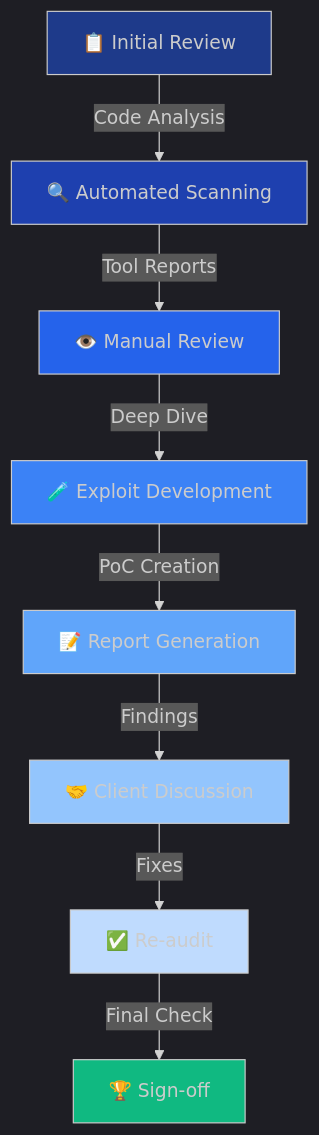
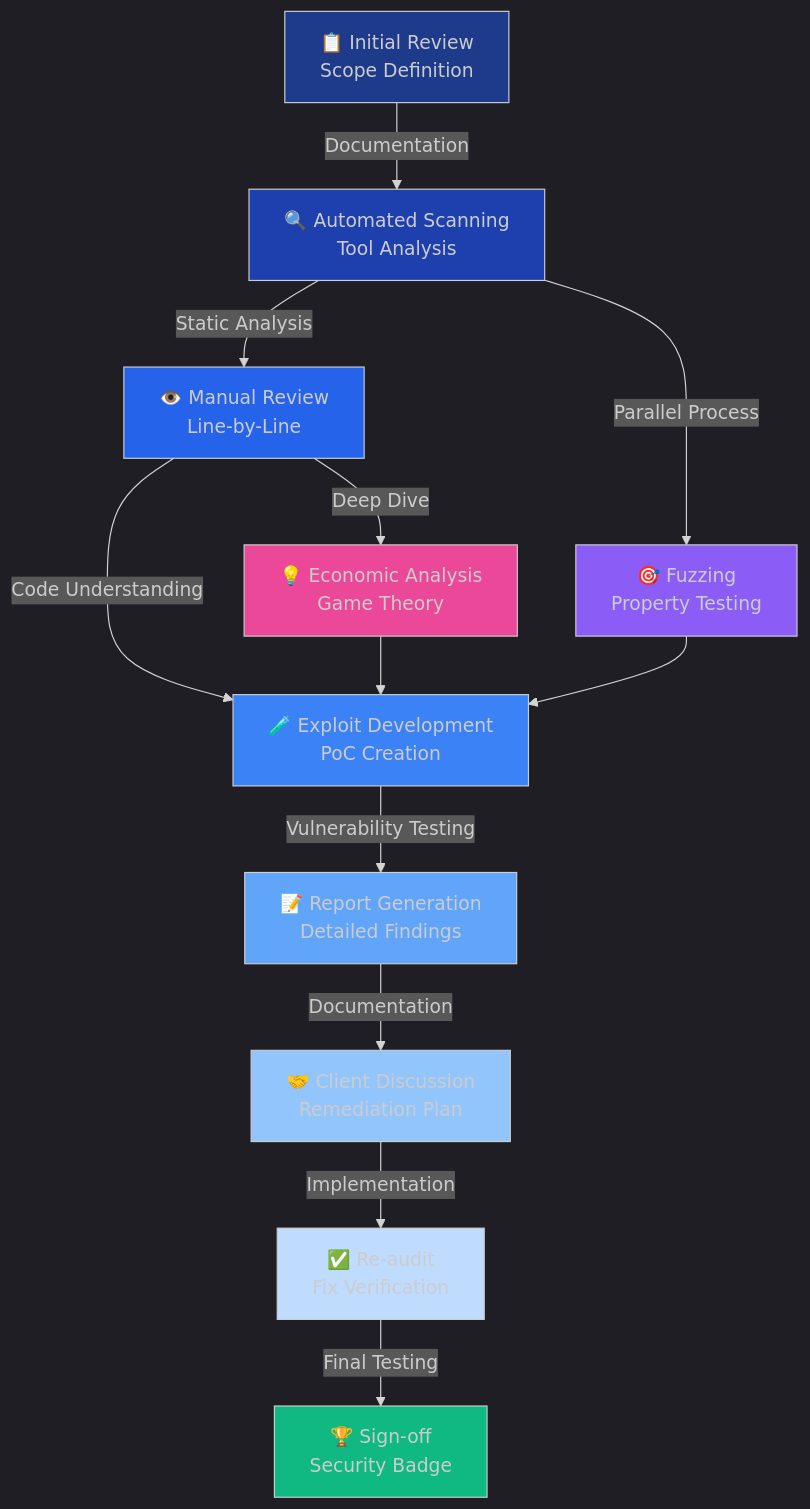
Before and after one commit to CodeDemon10/GenerTIC: the fourth of 4 diagrams in README.md, drawn with Mermaid. The commit also changed other lines of this file, not shown here.

````diff
--- a/README.md
+++ b/README.md
@@ -290,20 +430,28 @@
 ```mermaid
 %%{init: {'theme':'dark'}}%%
 graph TD
-    A[📋 Initial Review] -->|Code Analysis| B[🔍 Automated Scanning]
-    B -->|Tool Reports| C[👁️ Manual Review]
-    C -->|Deep Dive| D[🧪 Exploit Development]
-    D -->|PoC Creation| E[📝 Report Generation]
-    E -->|Findings| F[🤝 Client Discussion]
-    F -->|Fixes| G[✅ Re-audit]
-    G -->|Final Check| H[🏆 Sign-off]
+    A[📋 Initial Review<br/>Scope Definition] -->|Documentation| B[🔍 Automated Scanning<br/>Tool Analysis]
+    B -->|Static Analysis| C[👁️ Manual Review<br/>Line-by-Line]
+    C -->|Code Understanding| D[🧪 Exploit Development<br/>PoC Creation]
+    D -->|Vulnerability Testing| E[📝 Report Generation<br/>Detailed Findings]
+    E -->|Documentation| F[🤝 Client Discussion<br/>Remediation Plan]
+    F -->|Implementation| G[✅ Re-audit<br/>Fix Verification]
+    G -->|Final Testing| H[🏆 Sign-off<br/>Security Badge]
+    
+    B -->|Parallel Process| I[🎯 Fuzzing<br/>Property Testing]
+    C -->|Deep Dive| J[💡 Economic Analysis<br/>Game Theory]
+    
+    I --> D
+    J --> D
     
     style A fill:#1e3a8a
     style B fill:#1e40af
     style C fill:#2563eb
     style D fill:#3b82f6
     style E fill:#60a5fa
     style F fill:#93c5fd
     style G fill:#bfdbfe
     style H fill:#10b981
+    style I fill:#8b5cf6
+    style J fill:#ec4899
 ```
````
